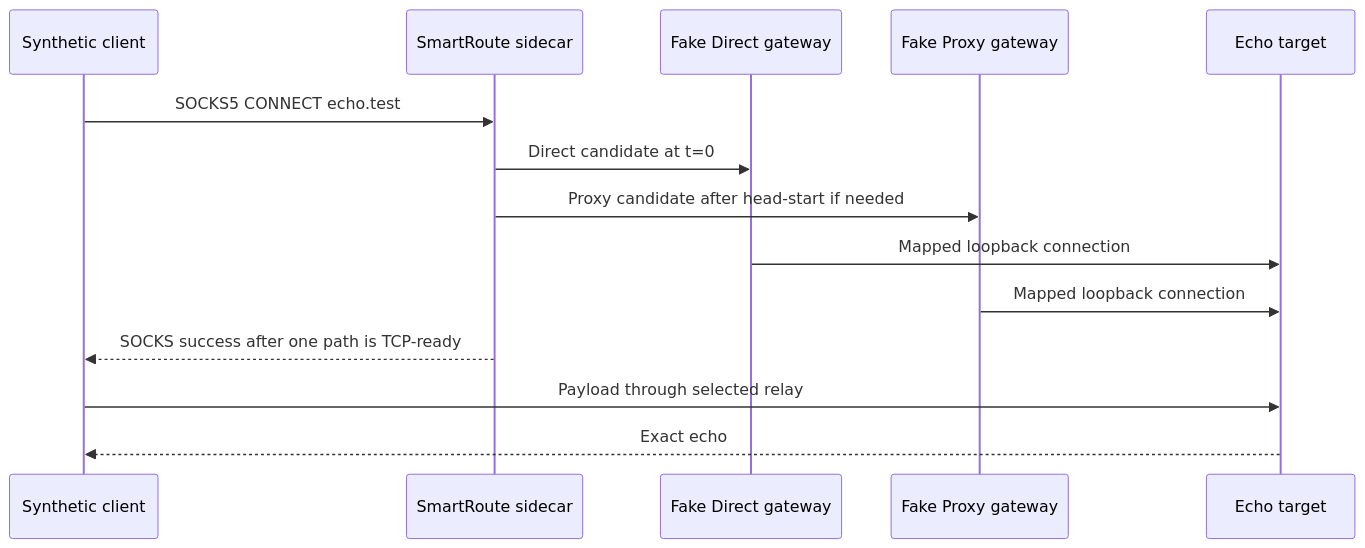
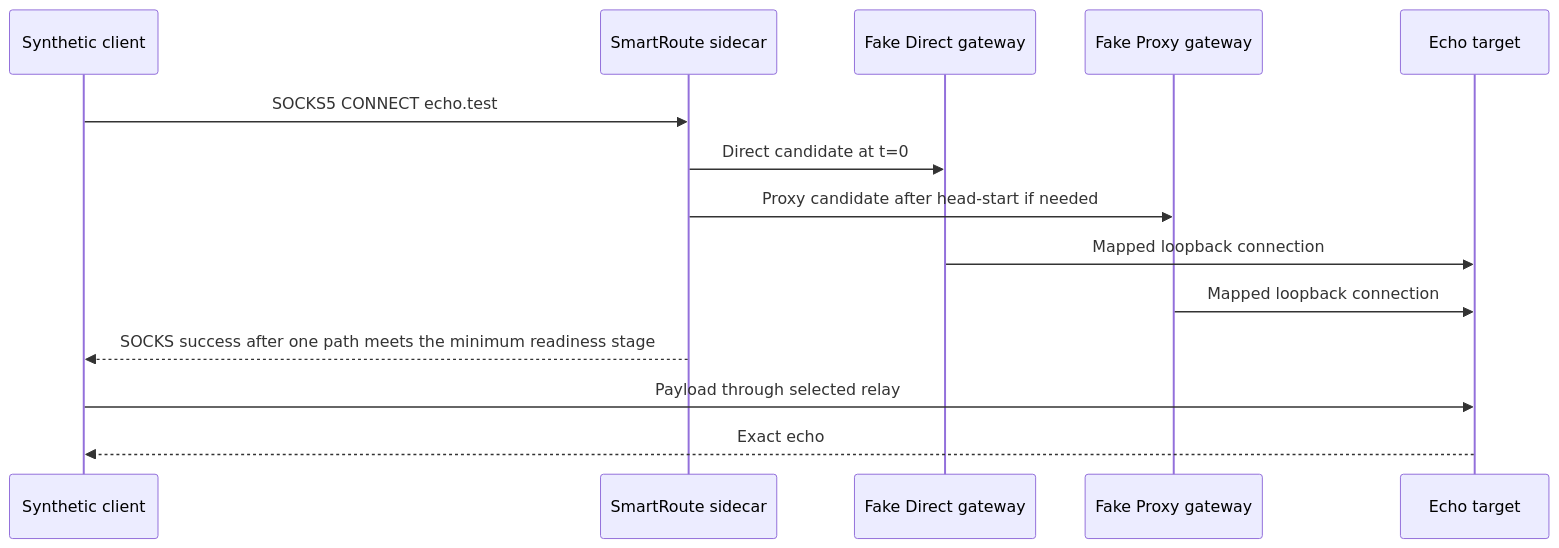
One commit to firfisa/smartroute changed the first of 2 diagrams in docs/07-isolated-test-lab.md. Above: the diagram before and after it, drawn with Mermaid. The commit also changed other lines of this file and 30 other files, not shown here.

````diff
--- a/docs/07-isolated-test-lab.md
+++ b/docs/07-isolated-test-lab.md
@@ -25,16 +25,16 @@
 ```mermaid
 sequenceDiagram
     participant C as Synthetic client
     participant S as SmartRoute sidecar
     participant D as Fake Direct gateway
     participant P as Fake Proxy gateway
     participant E as Echo target
     C->>S: SOCKS5 CONNECT echo.test
     S->>D: Direct candidate at t=0
     S->>P: Proxy candidate after head-start if needed
     D->>E: Mapped loopback connection
     P->>E: Mapped loopback connection
-    S-->>C: SOCKS success after one path is TCP-ready
+    S-->>C: SOCKS success after one path meets the minimum readiness stage
     C->>E: Payload through selected relay
     E-->>C: Exact echo
 ```
````
